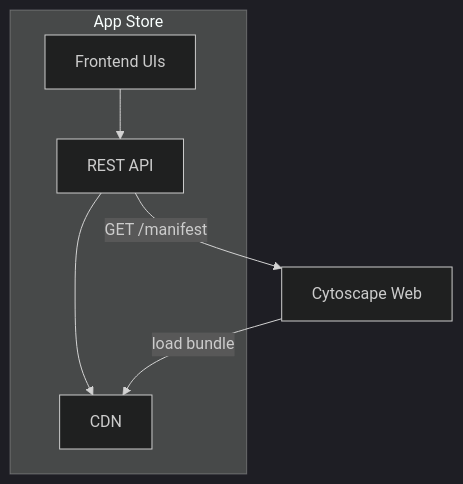
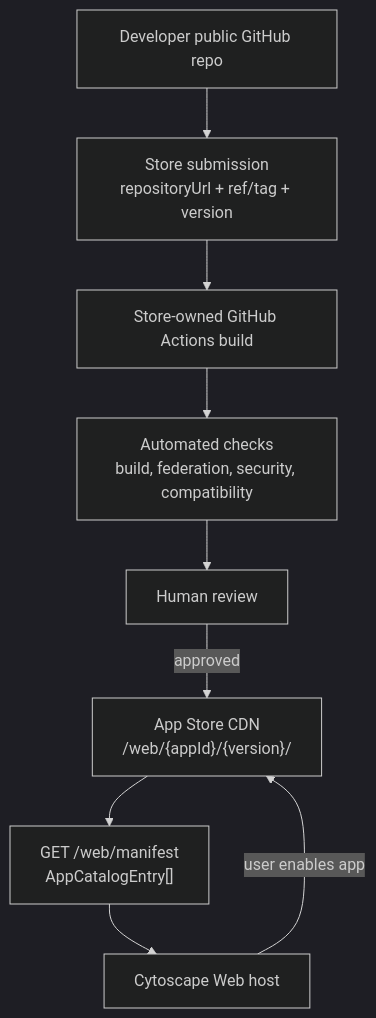
Before and after one commit to cytoscape/cytoscape-web: the first of 3 diagrams in docs/design/module-federation/specifications/app-store-design.md, drawn with Mermaid (dark theme). The commit also changed other lines of this file, not shown here.

Commit message:
docs: update app store web submission design

````diff
--- a/docs/design/module-federation/specifications/app-store-design.md
+++ b/docs/design/module-federation/specifications/app-store-design.md
@@ -89,14 +142,20 @@
 ```mermaid
-graph TD
-    subgraph AppStore["App Store"]
-        UI["Frontend UIs"]
-        API["REST API"]
-        CDN["CDN"]
-        UI --> API --> CDN
-    end
+flowchart TD
+    DevRepo["Developer public GitHub repo"]
+    Submission["Store submission<br/>repositoryUrl + ref/tag + version"]
+    Build["Store-owned GitHub Actions build"]
+    Checks["Automated checks<br/>build, federation, security, compatibility"]
+    Review["Human review"]
+    CDN["App Store CDN<br/>/web/{appId}/{version}/"]
+    Manifest["GET /web/manifest<br/>AppCatalogEntry[]"]
+    Host["Cytoscape Web host"]
 
-    Host["Cytoscape Web"]
-
-    API -- "GET /manifest" --> Host
-    Host -- "load bundle" --> CDN
+    DevRepo --> Submission
+    Submission --> Build
+    Build --> Checks
+    Checks --> Review
+    Review -->|approved| CDN
+    CDN --> Manifest
+    Manifest --> Host
+    Host -->|user enables app| CDN
 ```
````
